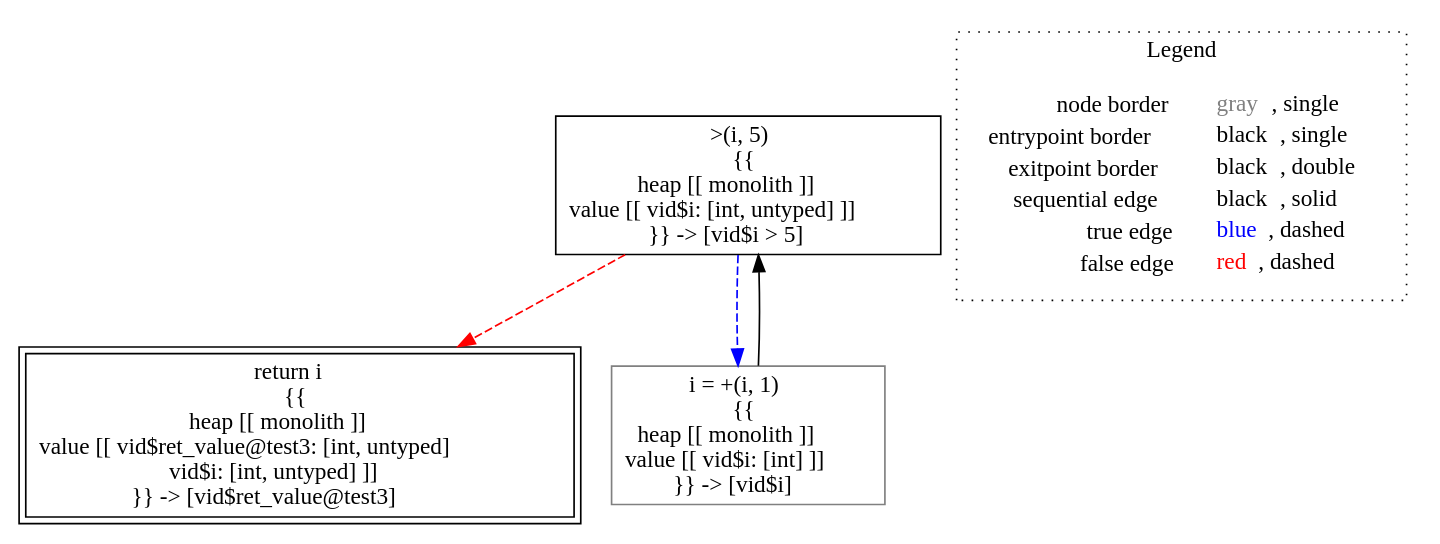
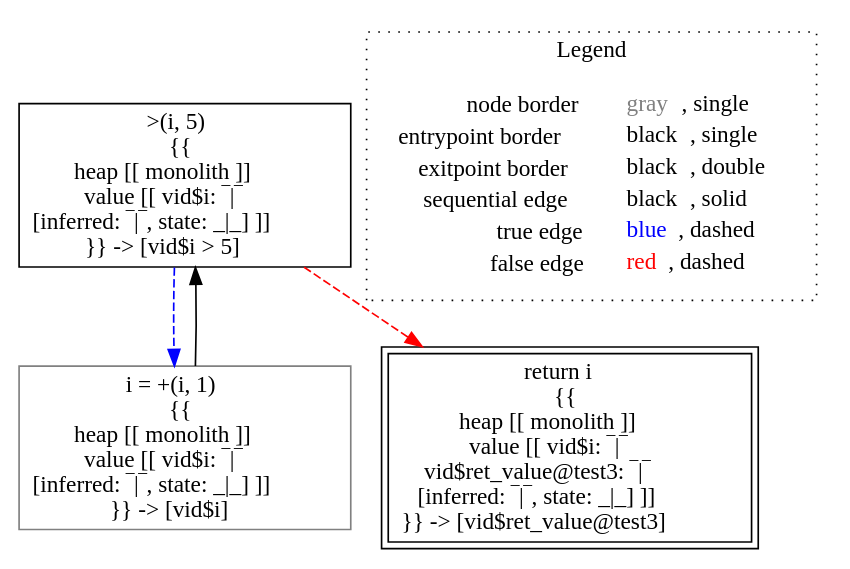
The diagram in lisa/imp-testcases/type-inference/typing___untyped_typing.test3(untyped_i).dot (lisa-analyzer/lisa), drawn with Graphviz before and after one commit. The commit also changed 6 other files, not shown here.

```diff
--- a/lisa/imp-testcases/type-inference/typing___untyped_typing.test3(untyped_i).dot
+++ b/lisa/imp-testcases/type-inference/typing___untyped_typing.test3(untyped_i).dot
@@ -1,15 +1,15 @@
 digraph {
-	"node0" [shape="rect",color="black",label=<&gt;(i, 5)<BR/>{{<BR/>heap [[ monolith ]]<BR/>value [[ vid$i: [int, untyped] ]]<BR/>}} -&gt; [vid$i &gt; 5]>];
-	"node1" [shape="rect",color="black",peripheries="2",label=<return i<BR/>{{<BR/>heap [[ monolith ]]<BR/>value [[ vid$ret_value@test3: [int, untyped]<BR/>vid$i: [int, untyped] ]]<BR/>}} -&gt; [vid$ret_value@test3]>];
-	"node2" [shape="rect",color="gray",label=<i = +(i, 1)<BR/>{{<BR/>heap [[ monolith ]]<BR/>value [[ vid$i: [int] ]]<BR/>}} -&gt; [vid$i]>];
-	"node0" -> "node1" [color="red",style="dashed"];
-	"node0" -> "node2" [color="blue",style="dashed"];
-	"node2" -> "node0" [color="black"];
+	"node0" [shape="rect",color="black",label=<&gt;(i, 5)<BR/>{{<BR/>heap [[ monolith ]]<BR/>value [[ vid$i: &oline;|&oline;<BR/>[inferred: &oline;|&oline;, state: _|_] ]]<BR/>}} -&gt; [vid$i &gt; 5]>];
+	"node1" [shape="rect",color="gray",label=<i = +(i, 1)<BR/>{{<BR/>heap [[ monolith ]]<BR/>value [[ vid$i: &oline;|&oline;<BR/>[inferred: &oline;|&oline;, state: _|_] ]]<BR/>}} -&gt; [vid$i]>];
+	"node2" [shape="rect",color="black",peripheries="2",label=<return i<BR/>{{<BR/>heap [[ monolith ]]<BR/>value [[ vid$i: &oline;|&oline;<BR/>vid$ret_value@test3: &oline;|&oline;<BR/>[inferred: &oline;|&oline;, state: _|_] ]]<BR/>}} -&gt; [vid$ret_value@test3]>];
+	"node1" -> "node0" [color="black"];
+	"node0" -> "node1" [color="blue",style="dashed"];
+	"node0" -> "node2" [color="red",style="dashed"];
 subgraph cluster_legend {
 	label="Legend";
 	style=dotted;
 	node [shape=plaintext];
 	"legend" [label=<<table border="0" cellpadding="2" cellspacing="0" cellborder="0"><tr><td align="right">node border&nbsp;</td><td align="left"><font color="gray">gray</font>, single</td></tr><tr><td align="right">entrypoint border&nbsp;</td><td align="left"><font color="black">black</font>, single</td></tr><tr><td align="right">exitpoint border&nbsp;</td><td align="left"><font color="black">black</font>, double</td></tr><tr><td align="right">sequential edge&nbsp;</td><td align="left"><font color="black">black</font>, solid</td></tr><tr><td align="right">true edge&nbsp;</td><td align="left"><font color="blue">blue</font>, dashed</td></tr><tr><td align="right">false edge&nbsp;</td><td align="left"><font color="red">red</font>, dashed</td></tr></table>>];
 }
 
 }
```
